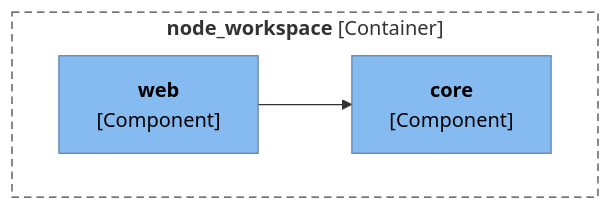
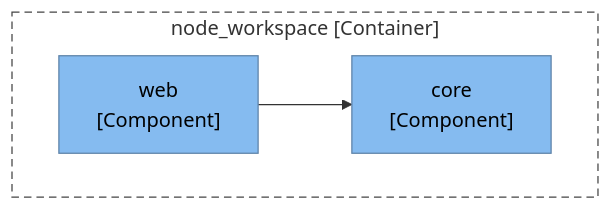
The second of 3 diagrams in tests/golden/node_workspace/output/ArchitectureReport.md (ythalorossy/architecture-skills), drawn with Mermaid before and after one commit. The commit also changed other lines of this file and 51 other files, not shown here.

First line of the commit message:
fix(render): plain diagram labels keep the characters in code names

````diff
--- a/tests/golden/node_workspace/output/ArchitectureReport.md
+++ b/tests/golden/node_workspace/output/ArchitectureReport.md
@@ -53,18 +52,16 @@
 ```mermaid
 flowchart TB
-    subgraph boundary["`**node_workspace** [Container]`"]
-        acme_core["`**core**
-[Component]`"]
-        acme_web["`**web**
-[Component]`"]
+    subgraph boundary["node_workspace [Container]"]
+        acme_core["core<br/>[Component]"]
+        acme_web["web<br/>[Component]"]
     end
     acme_web --> acme_core
     classDef person fill:#08427b,stroke:#052e56,color:#ffffff
     classDef container fill:#1168bd,stroke:#0b4884,color:#ffffff
     classDef system fill:#1168bd,stroke:#0b4884,color:#ffffff
     classDef component fill:#85bbf0,stroke:#5d82a8,color:#000000
     classDef external fill:#999999,stroke:#6b6b6b,color:#ffffff
     classDef shared fill:#dbe9f6,stroke:#5d82a8,color:#000000,stroke-dasharray:4 3
     class acme_core,acme_web component
     style boundary fill:none,stroke:#444444,stroke-dasharray:6 4
 ```
````
